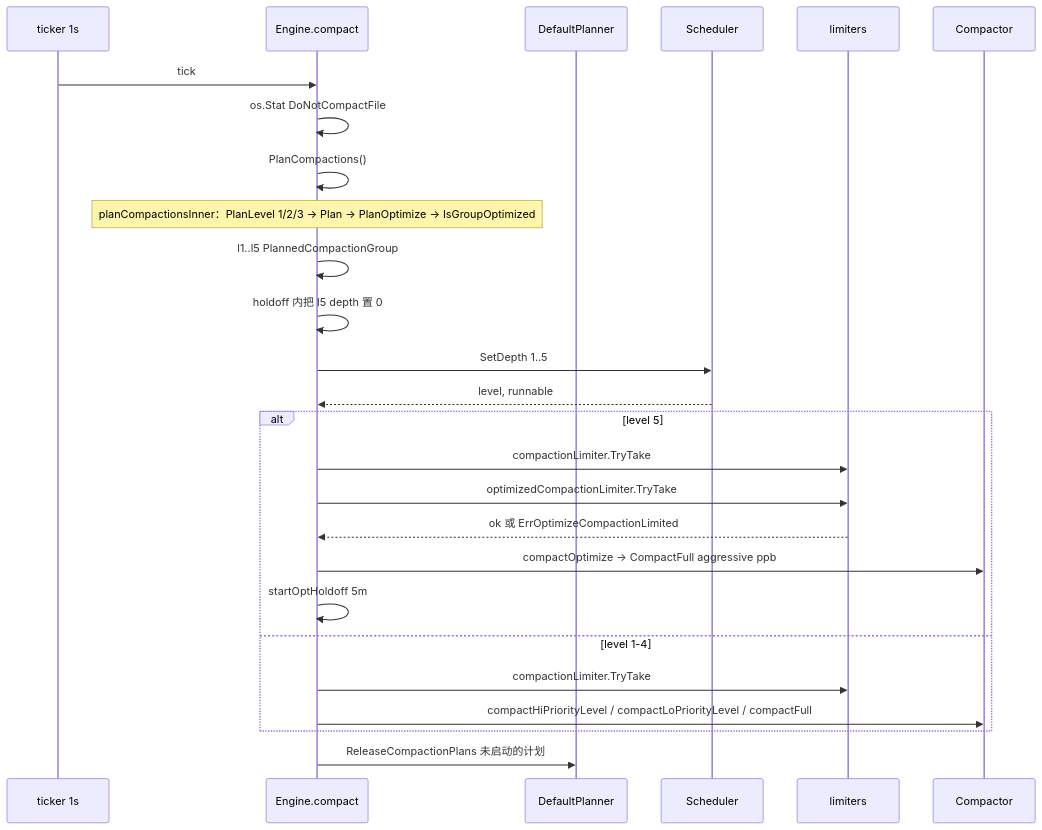
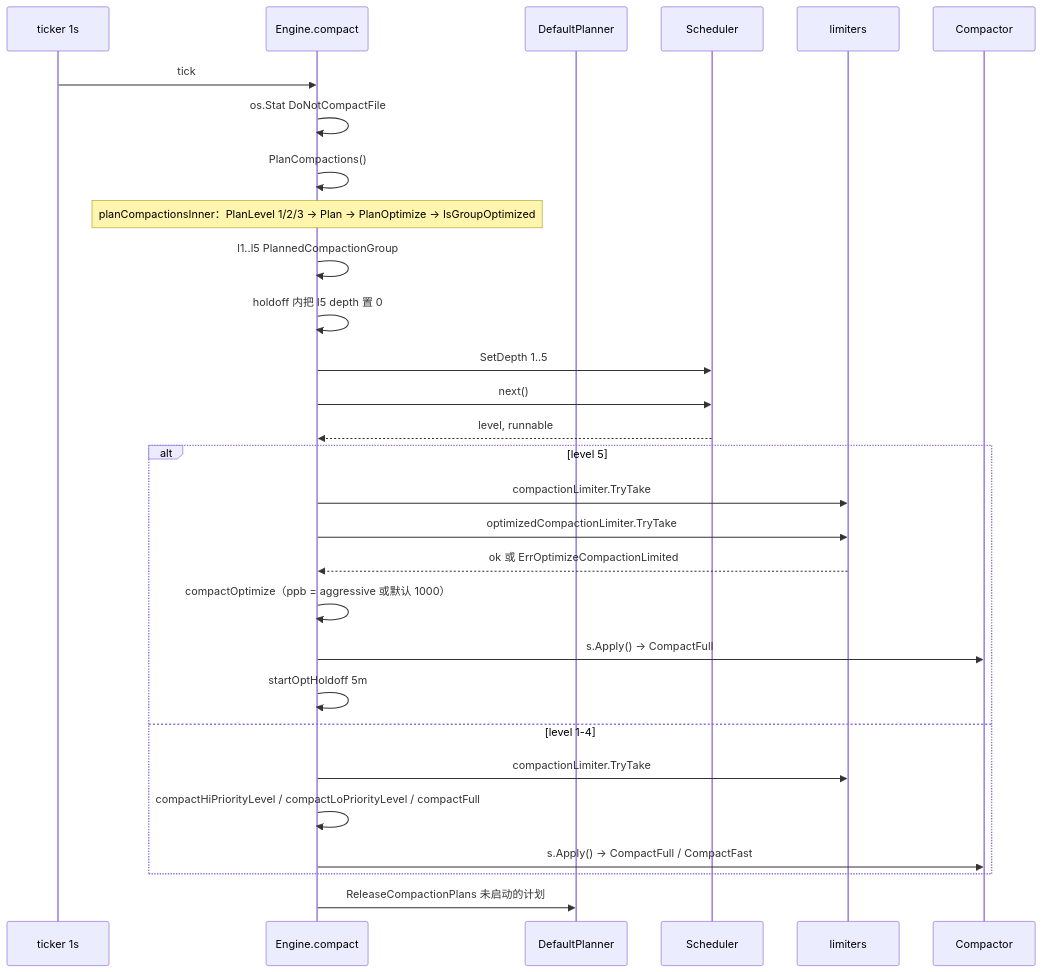
The second of 3 diagrams in docs/specs/v1.8.10-vs-v1.12.3/04_storage_compaction_diff.md (stefanv5/influxdb), drawn with Mermaid before and after one commit. The commit also changed other lines of this file and 7 other files, not shown here.

First line of the commit message:
docs: fix code snippets and flows in the version-diff study

````diff
--- a/docs/specs/v1.8.10-vs-v1.12.3/04_storage_compaction_diff.md
+++ b/docs/specs/v1.8.10-vs-v1.12.3/04_storage_compaction_diff.md
@@ -93,29 +93,32 @@
 ```mermaid
 sequenceDiagram
     participant T as ticker 1s
     participant E as Engine.compact
     participant P as DefaultPlanner
     participant S as Scheduler
     participant L as limiters
     participant C as Compactor
 
     T->>E: tick
     E->>E: os.Stat DoNotCompactFile
     E->>E: PlanCompactions()
     Note over E: planCompactionsInner：PlanLevel 1/2/3 → Plan → PlanOptimize → IsGroupOptimized
     E->>E: l1..l5 PlannedCompactionGroup
     E->>E: holdoff 内把 l5 depth 置 0
     E->>S: SetDepth 1..5
+    E->>S: next()
     S-->>E: level, runnable
     alt level 5
         E->>L: compactionLimiter.TryTake
         E->>L: optimizedCompactionLimiter.TryTake
         L-->>E: ok 或 ErrOptimizeCompactionLimited
-        E->>C: compactOptimize → CompactFull aggressive ppb
+        E->>E: compactOptimize（ppb = aggressive 或默认 1000）
+        E->>C: s.Apply() → CompactFull
         E->>E: startOptHoldoff 5m
     else level 1-4
         E->>L: compactionLimiter.TryTake
-        E->>C: compactHiPriorityLevel / compactLoPriorityLevel / compactFull
+        E->>E: compactHiPriorityLevel / compactLoPriorityLevel / compactFull
+        E->>C: s.Apply() → CompactFull / CompactFast
     end
     E->>P: ReleaseCompactionPlans 未启动的计划
 ```
````
